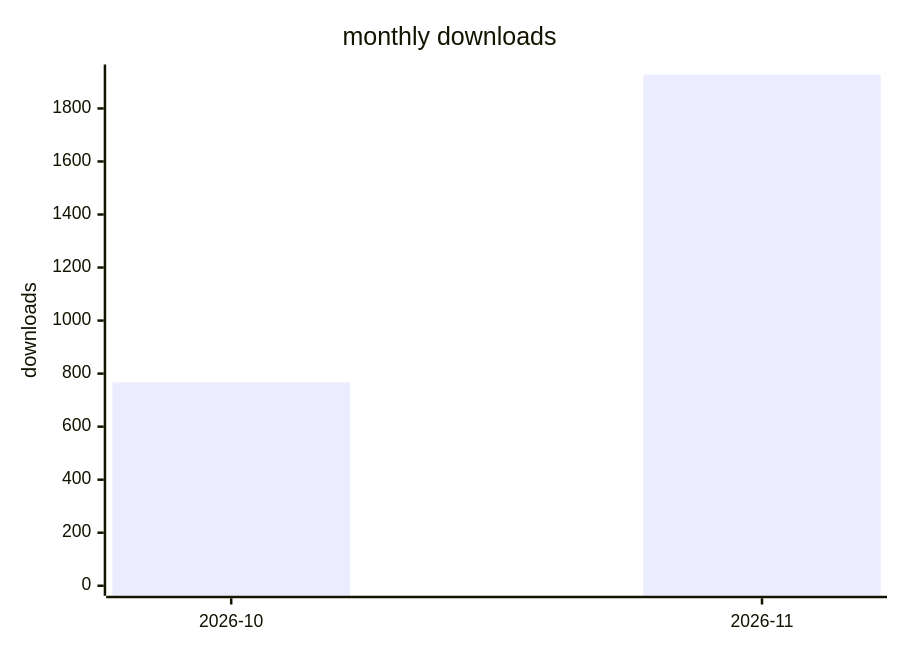
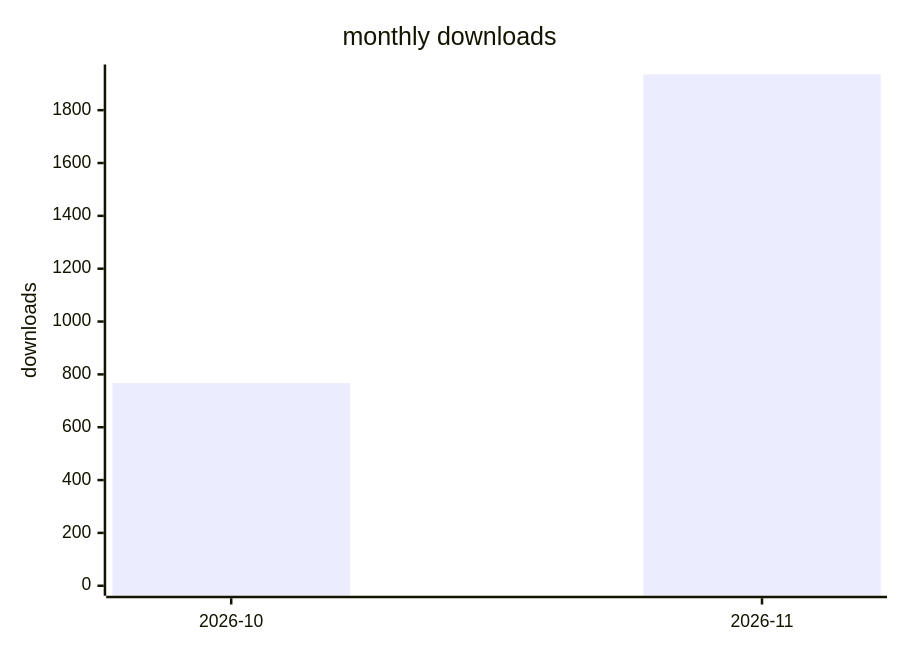
The second of 2 diagrams in docs/downloads-2026.md (terry2010/opencode-loop-recover), drawn with Mermaid before and after one commit. The commit also changed other lines of this file and 1 other file, not shown here.

````diff
--- a/docs/downloads-2026.md
+++ b/docs/downloads-2026.md
@@ -29,7 +29,7 @@
 ```mermaid
 xychart-beta
     title "monthly downloads"
     x-axis ["2026-10", "2026-11"]
-    y-axis "downloads" 0 --> 1928
-    bar [767, 1928]
+    y-axis "downloads" 0 --> 1935
+    bar [767, 1935]
 ```
````
